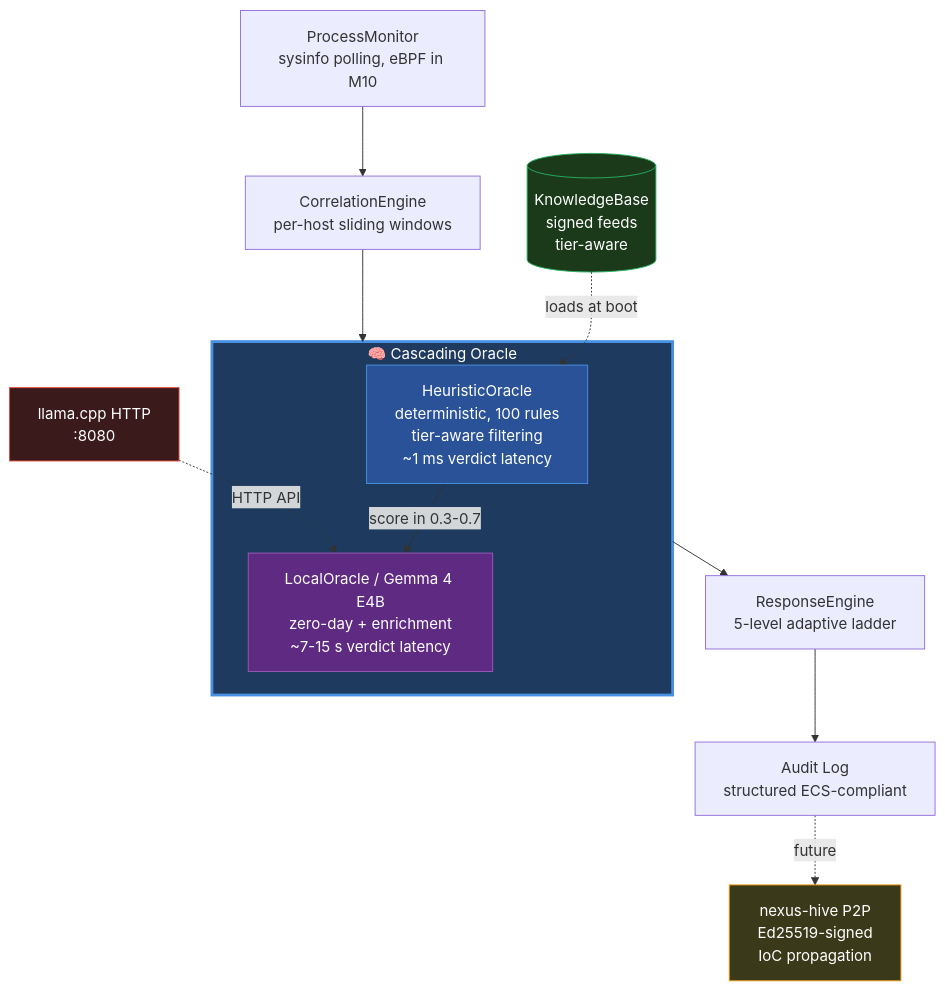
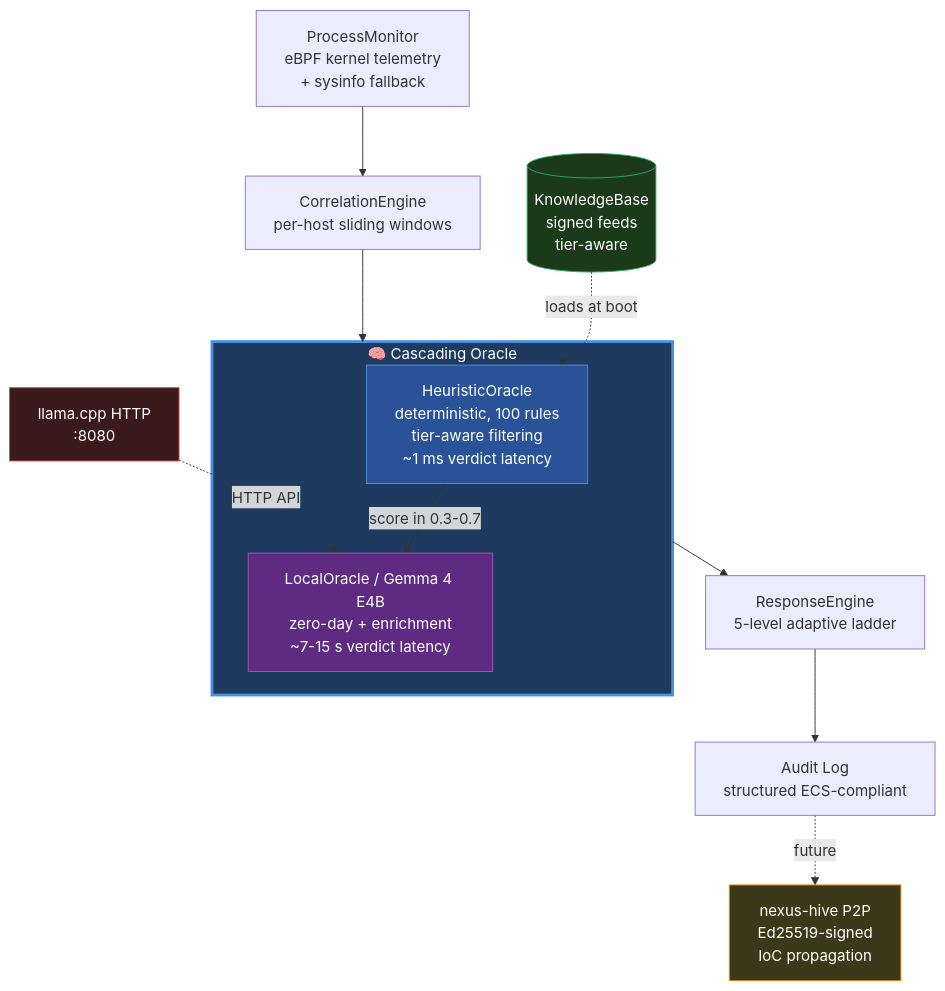
One commit to nexus-aiedr/nexus-aiedr changed the diagram in README.md. Above: the diagram before and after it, drawn with Mermaid. The commit also changed other lines of this file, not shown here.

````diff
--- a/README.md
+++ b/README.md
@@ -56,32 +56,32 @@
 ```mermaid
 flowchart TD
-    PM[ProcessMonitor<br/>sysinfo polling, eBPF in M10]
+    PM[ProcessMonitor<br/>eBPF kernel telemetry<br/>+ sysinfo fallback]
     CE[CorrelationEngine<br/>per-host sliding windows]
     
     subgraph CO["🧠 Cascading Oracle"]
         HO[HeuristicOracle<br/>deterministic, 100 rules<br/>tier-aware filtering<br/>~1 ms verdict latency]
         LO[LocalOracle / Gemma 4 E4B<br/>zero-day + enrichment<br/>~7-15 s verdict latency]
         HO -->|score in 0.3-0.7| LO
     end
     
     KB[(KnowledgeBase<br/>signed feeds<br/>tier-aware)]
     LLM[llama.cpp HTTP<br/>:8080]
     RE[ResponseEngine<br/>5-level adaptive ladder]
     AL[Audit Log<br/>structured ECS-compliant]
     HIVE[nexus-hive P2P<br/>Ed25519-signed<br/>IoC propagation]
     
     PM --> CE
     CE --> CO
     KB -.->|loads at boot| HO
     LLM -.->|HTTP API| LO
     CO --> RE
     RE --> AL
     AL -.->|future| HIVE
     
     style CO fill:#1e3a5f,stroke:#4a90e2,stroke-width:3px,color:#fff
     style HO fill:#2a5298,stroke:#4a90e2,color:#fff
     style LO fill:#5e2a82,stroke:#9b59b6,color:#fff
     style KB fill:#1a3a1a,stroke:#27ae60,color:#fff
     style LLM fill:#3a1a1a,stroke:#e74c3c,color:#fff
     style HIVE fill:#3a3a1a,stroke:#f39c12,color:#fff
 ```
````
